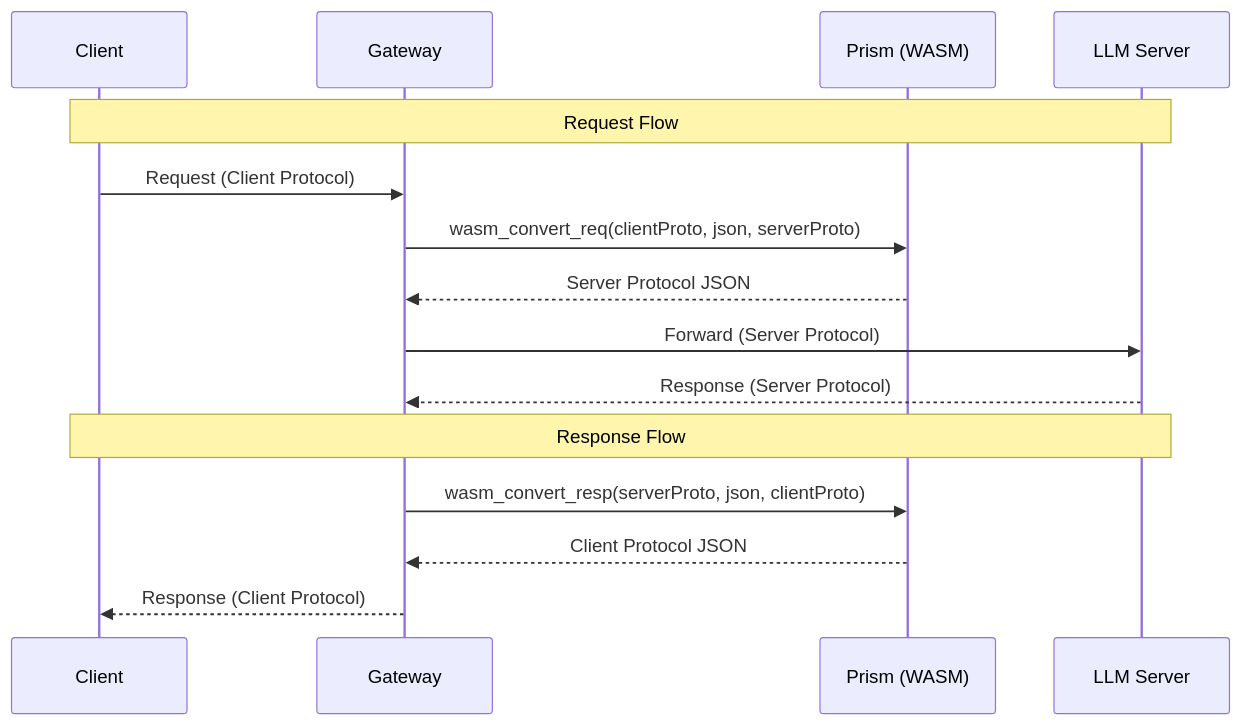
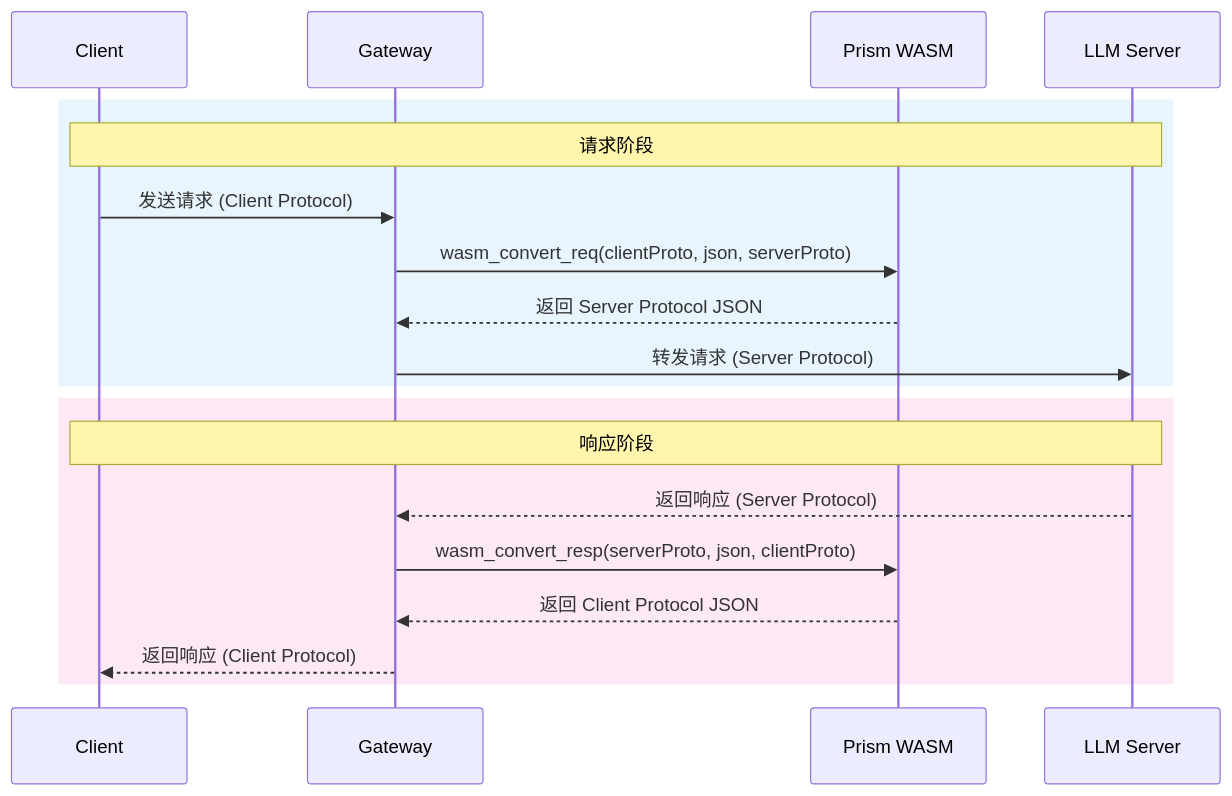
One commit to morning-start/prism changed the second of 4 diagrams in skills/prism-wasm/SKILL.md. Above: the diagram before and after it, drawn with Mermaid. The commit also changed other lines of this file and 5 other files, not shown here.

````diff
--- a/skills/prism-wasm/SKILL.md
+++ b/skills/prism-wasm/SKILL.md
@@ -21,19 +46,23 @@
 ```mermaid
 sequenceDiagram
     participant C as Client
     participant G as Gateway
-    participant P as Prism (WASM)
+    participant P as Prism WASM
     participant S as LLM Server
 
-    Note over C,S: Request Flow
-    C->>G: Request (Client Protocol)
-    G->>P: wasm_convert_req(clientProto, json, serverProto)
-    P-->>G: Server Protocol JSON
-    G->>S: Forward (Server Protocol)
-    S-->>G: Response (Server Protocol)
+    rect rgb(232, 245, 253)
+        Note over C,S: 请求阶段
+        C->>G: 发送请求 (Client Protocol)
+        G->>P: wasm_convert_req(clientProto, json, serverProto)
+        P-->>G: 返回 Server Protocol JSON
+        G->>S: 转发请求 (Server Protocol)
+    end
 
-    Note over C,S: Response Flow
-    G->>P: wasm_convert_resp(serverProto, json, clientProto)
-    P-->>G: Client Protocol JSON
-    G-->>C: Response (Client Protocol)
+    rect rgb(253, 232, 245)
+        Note over C,S: 响应阶段
+        S-->>G: 返回响应 (Server Protocol)
+        G->>P: wasm_convert_resp(serverProto, json, clientProto)
+        P-->>G: 返回 Client Protocol JSON
+        G-->>C: 返回响应 (Client Protocol)
+    end
 ```
````
